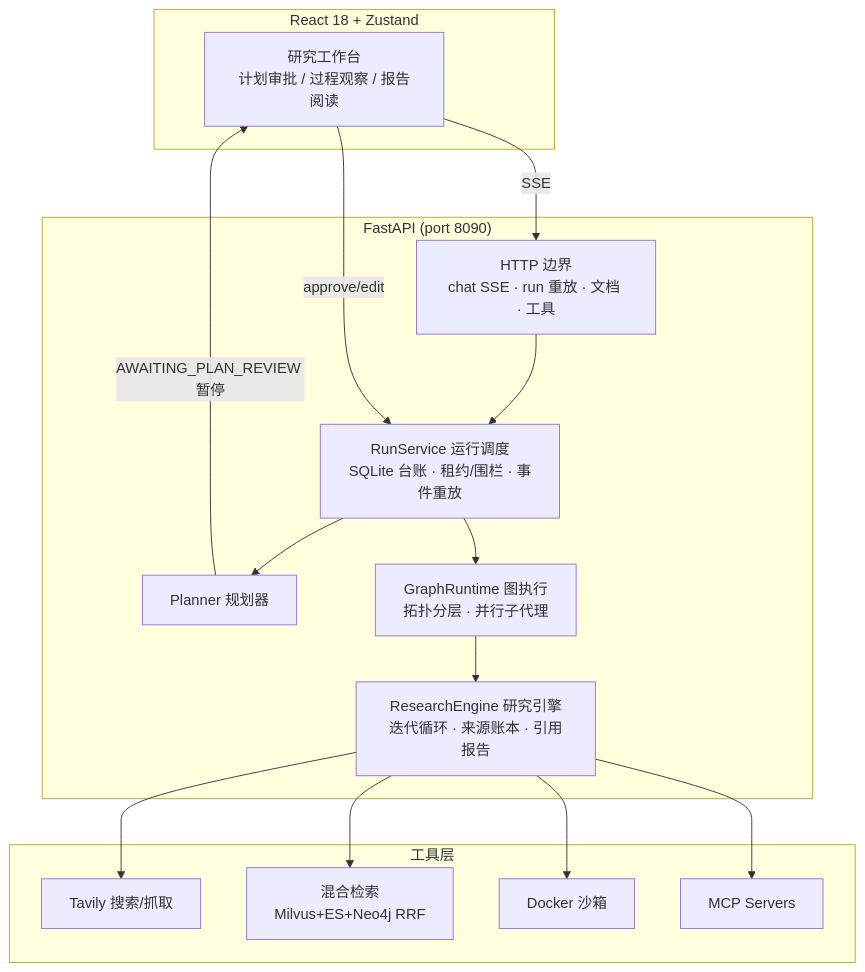
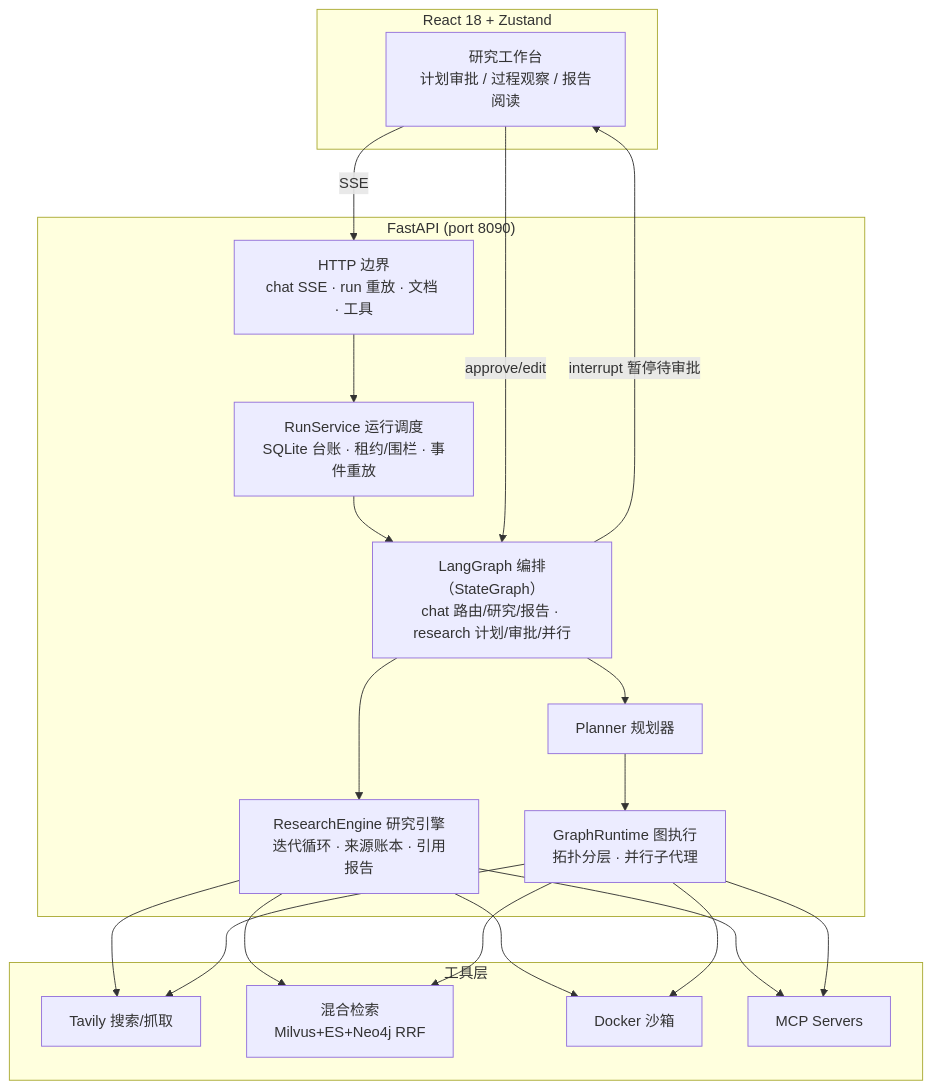
One commit to llongwang751-arch/saber changed the diagram in README.md. Above: the diagram before and after it, drawn with Mermaid. The commit also changed other lines of this file and 15 other files, not shown here.

First line of the commit message:
feat(chat_graph)!: 聊天三模式迁移 LangGraph，默认引擎双切换，原生 turn_service 退役

````diff
--- a/README.md
+++ b/README.md
@@ -47,23 +48,26 @@
 ```mermaid
 graph TB
     subgraph Client["React 18 + Zustand"]
         WB["研究工作台<br/>计划审批 / 过程观察 / 报告阅读"]
     end
     subgraph Server["FastAPI (port 8090)"]
         API["HTTP 边界<br/>chat SSE · run 重放 · 文档 · 工具"]
         RS["RunService 运行调度<br/>SQLite 台账 · 租约/围栏 · 事件重放"]
+        LG["LangGraph 编排（StateGraph）<br/>chat 路由/研究/报告 · research 计划/审批/并行"]
         P["Planner 规划器"]
         G["GraphRuntime 图执行<br/>拓扑分层 · 并行子代理"]
         RE["ResearchEngine 研究引擎<br/>迭代循环 · 来源账本 · 引用报告"]
     end
     subgraph Tools["工具层"]
         TAV["Tavily 搜索/抓取"]
         RAG["混合检索<br/>Milvus+ES+Neo4j RRF"]
         SBX["Docker 沙箱"]
         MCP["MCP Servers"]
     end
-    WB -->|SSE| API --> RS
-    RS --> P -->|AWAITING_PLAN_REVIEW 暂停| WB
-    WB -->|approve/edit| RS --> G --> RE
-    RE --> TAV & RAG & SBX & MCP
+    WB -->|SSE| API --> RS --> LG
+    LG -->|interrupt 暂停待审批| WB
+    WB -->|approve/edit| LG
+    LG --> P --> G
+    LG --> RE
+    RE & G --> TAV & RAG & SBX & MCP
 ```
````
